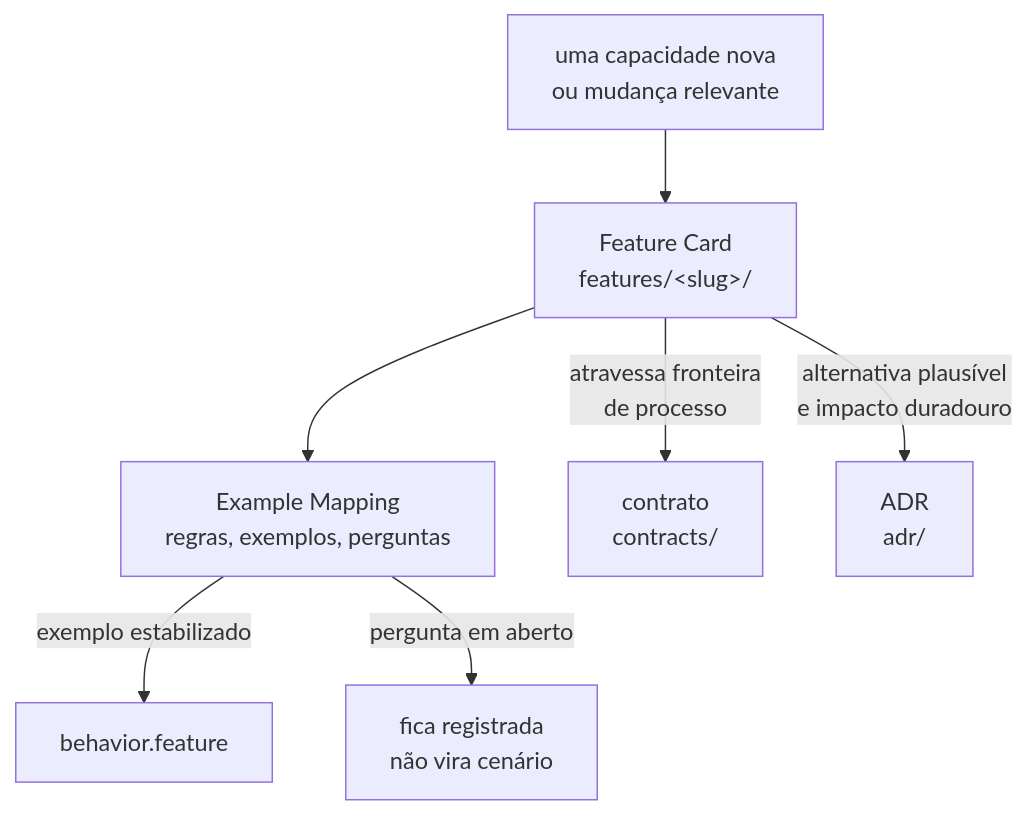
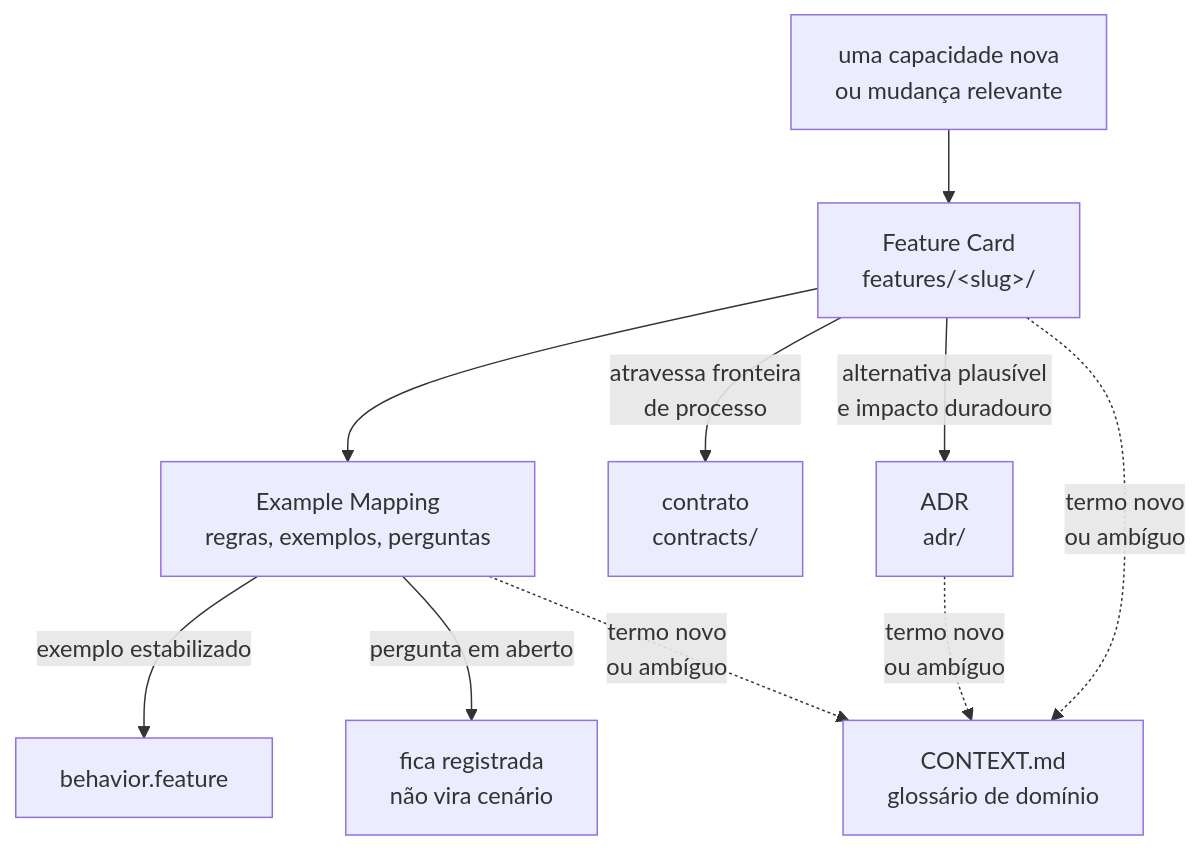
Before and after one commit to da0hn/distributed-systems-experiment-lab: the diagram in docs/README.md, drawn with Mermaid. The commit also changed other lines of this file and 13 other files, not shown here.

````diff
--- a/docs/README.md
+++ b/docs/README.md
@@ -45,9 +46,12 @@
 ```mermaid
 flowchart TB
     CAP["uma capacidade nova<br/>ou mudança relevante"] --> FC["Feature Card<br/>features/&lt;slug&gt;/"]
     FC --> EM["Example Mapping<br/>regras, exemplos, perguntas"]
     EM -->|" exemplo estabilizado "| BDD["behavior.feature"]
     EM -->|" pergunta em aberto "| Q["fica registrada<br/>não vira cenário"]
     FC -->|" atravessa fronteira<br/>de processo "| CT["contrato<br/>contracts/"]
     FC -->|" alternativa plausível<br/>e impacto duradouro "| ADR["ADR<br/>adr/"]
+    FC -.->|" termo novo<br/>ou ambíguo "| CTX["CONTEXT.md<br/>glossário de domínio"]
+    EM -.->|" termo novo<br/>ou ambíguo "| CTX
+    ADR -.->|" termo novo<br/>ou ambíguo "| CTX
 ```
````
